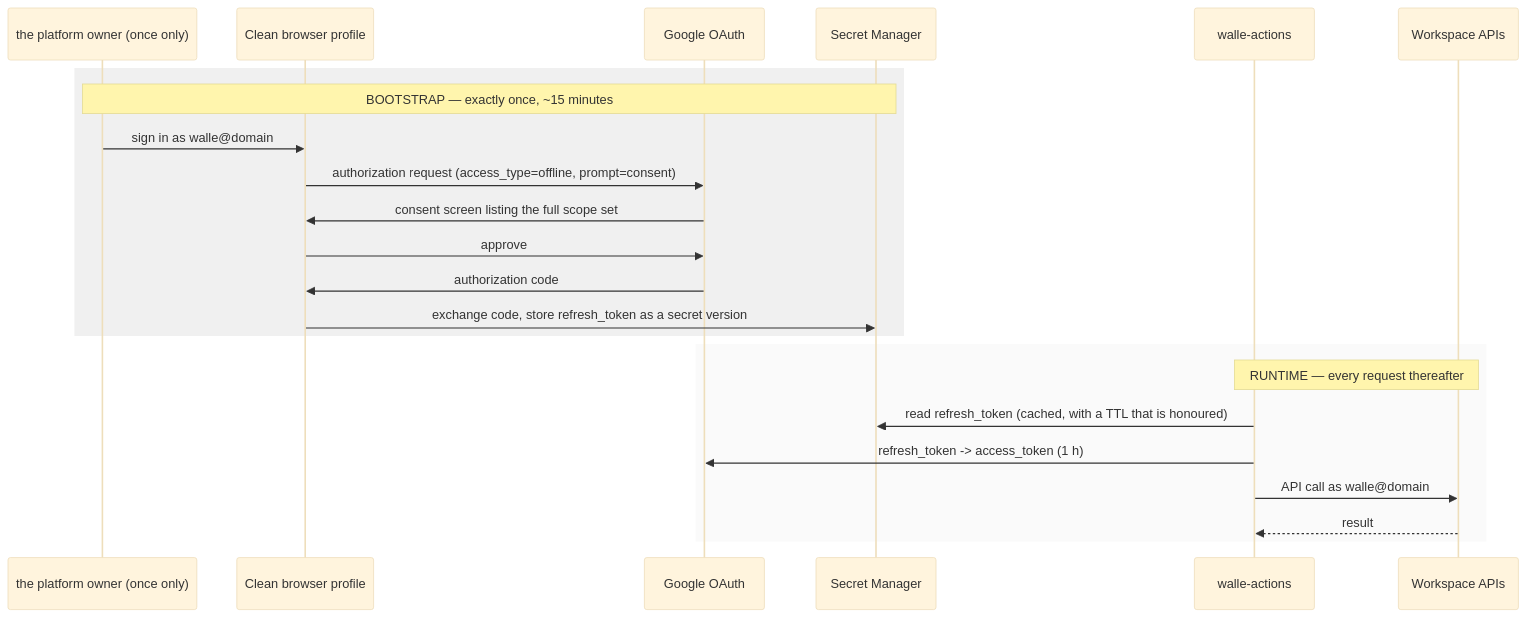
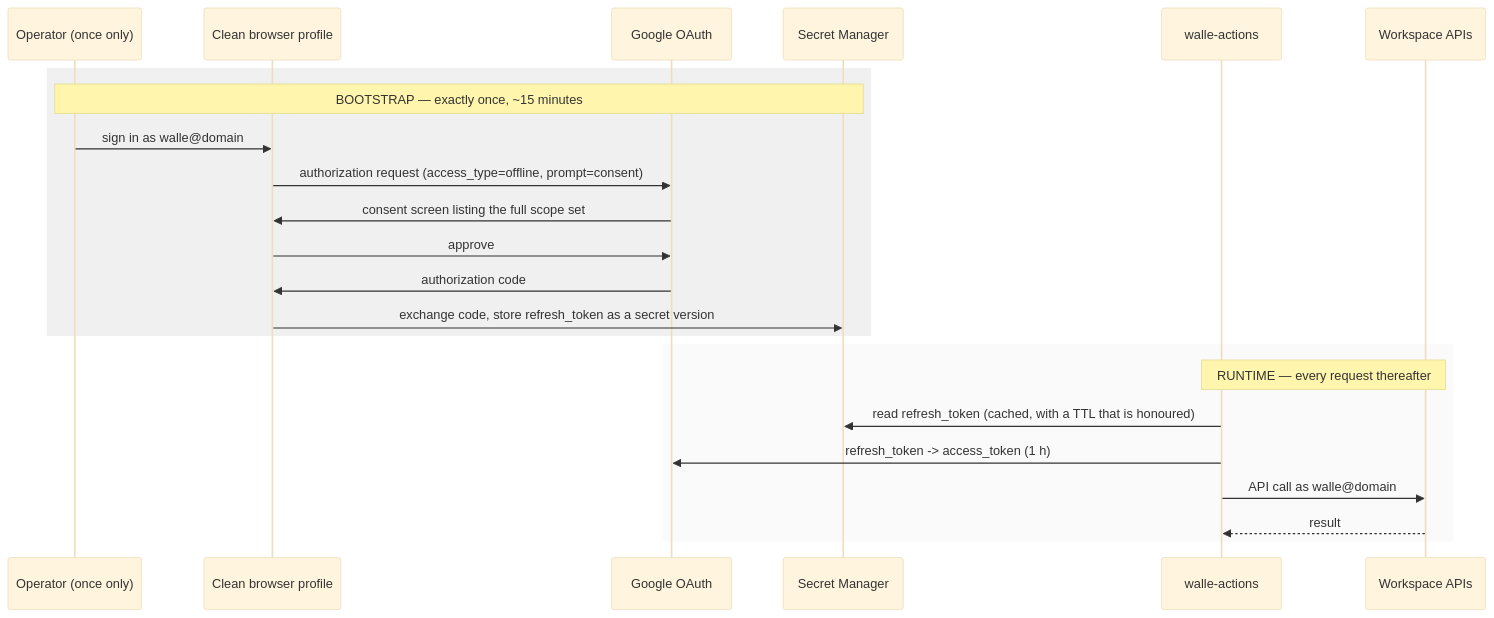
One commit to jsbdfgidsfg/agentic-platform changed the diagram in platform/wall-e/02-identity-and-auth.md. Above: the diagram before and after it, drawn with Mermaid (base theme). The commit also changed other lines of this file and 15 other files, not shown here.

````diff
--- a/platform/wall-e/02-identity-and-auth.md
+++ b/platform/wall-e/02-identity-and-auth.md
@@ -49,27 +49,27 @@
 ```mermaid
 sequenceDiagram
-    participant G as the platform owner (once only)
+    participant G as Operator (once only)
     participant B as Clean browser profile
     participant O as Google OAuth
     participant S as Secret Manager
     participant CR as walle-actions
     participant W as Workspace APIs
 
     rect rgb(240,240,240)
     note over G,S: BOOTSTRAP — exactly once, ~15 minutes
     G->>B: sign in as walle@domain
     B->>O: authorization request (access_type=offline, prompt=consent)
     O->>B: consent screen listing the full scope set
     B->>O: approve
     O->>B: authorization code
     B->>S: exchange code, store refresh_token as a secret version
     end
 
     rect rgb(250,250,250)
     note over CR,W: RUNTIME — every request thereafter
     CR->>S: read refresh_token (cached, with a TTL that is honoured)
     CR->>O: refresh_token -> access_token (1 h)
     CR->>W: API call as walle@domain
     W-->>CR: result
     end
 ```
````
